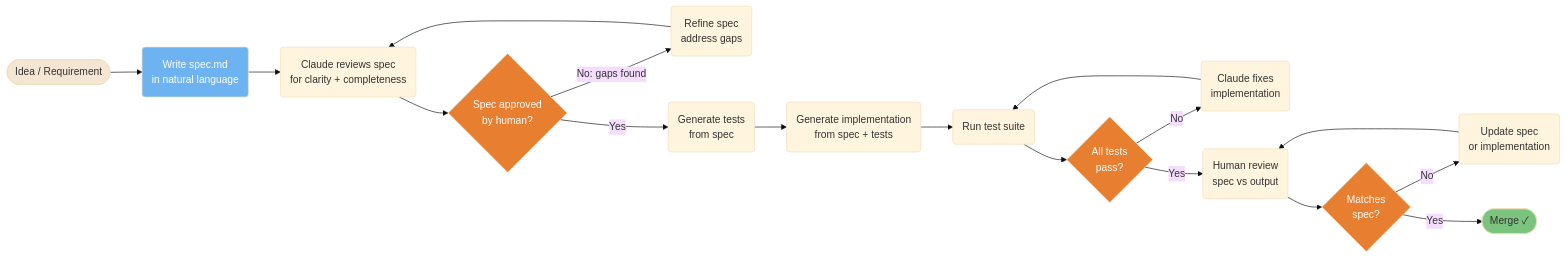
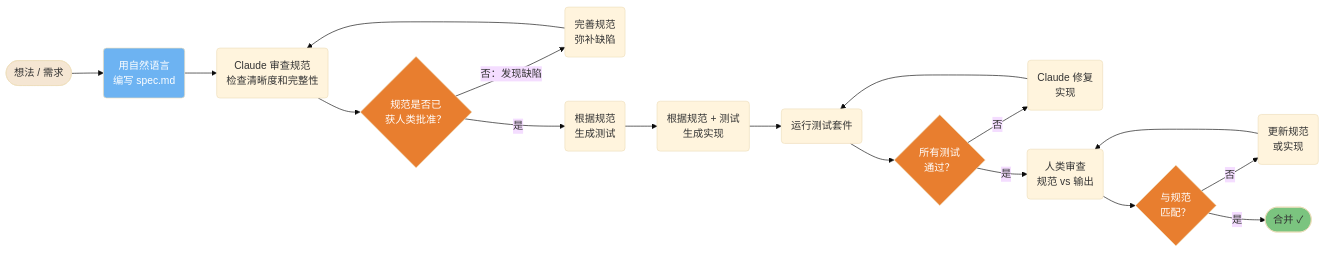
The second of 5 diagrams in claude-code/diagrams/06-development-workflows.md (lawrencewzen/aispark-wiki), drawn with Mermaid (base theme) before and after one commit. The commit also changed other lines of this file and 82 other files, not shown here.

First line of the commit message:
feat: 完成 claude-code/ 目录全量中文翻译

````diff
--- a/claude-code/diagrams/06-development-workflows.md
+++ b/claude-code/diagrams/06-development-workflows.md
@@ -96,41 +96,41 @@
 ```mermaid
 flowchart LR
-    A([Idea / Requirement]) --> B(Write spec.md<br/>in natural language)
-    B --> C(Claude reviews spec<br/>for clarity + completeness)
-    C --> D{Spec approved<br/> by human?}
-    D -->|No: gaps found| E(Refine spec<br/>address gaps)
+    A([想法 / 需求]) --> B(用自然语言<br/>编写 spec.md)
+    B --> C(Claude 审查规范<br/>检查清晰度和完整性)
+    C --> D{规范是否已<br/>获人类批准？}
+    D -->|否：发现缺陷| E(完善规范<br/>弥补缺陷)
     E --> C
-    D -->|Yes| F(Generate tests<br/>from spec)
-    F --> G(Generate implementation<br/>from spec + tests)
-    G --> H(Run test suite)
-    H --> I{All tests<br/>pass?}
-    I -->|No| J(Claude fixes<br/>implementation)
+    D -->|是| F(根据规范<br/>生成测试)
+    F --> G(根据规范 + 测试<br/>生成实现)
+    G --> H(运行测试套件)
+    H --> I{所有测试<br/>通过？}
+    I -->|否| J(Claude 修复<br/>实现)
     J --> H
-    I -->|Yes| K(Human review<br/>spec vs output)
-    K --> L{Matches<br/>spec?}
-    L -->|No| M(Update spec<br/>or implementation)
+    I -->|是| K(人类审查<br/>规范 vs 输出)
+    K --> L{与规范<br/>匹配？}
+    L -->|否| M(更新规范<br/>或实现)
     M --> K
-    L -->|Yes| N([Merge ✓])
+    L -->|是| N([合并 ✓])
 
     style A fill:#F5E6D3,color:#333
     style B fill:#6DB3F2,color:#fff
     style D fill:#E87E2F,color:#fff
     style I fill:#E87E2F,color:#fff
     style L fill:#E87E2F,color:#fff
     style N fill:#7BC47F,color:#333
 
-    click A href "https://github.com/claude-code-ultimate-guide/claude-code-ultimate-guide/blob/main/guide/workflows/spec-first.md" "Idea / Requirement"
-    click B href "https://github.com/claude-code-ultimate-guide/claude-code-ultimate-guide/blob/main/guide/workflows/spec-first.md" "Write spec.md"
-    click C href "https://github.com/claude-code-ultimate-guide/claude-code-ultimate-guide/blob/main/guide/workflows/spec-first.md" "Claude reviews spec"
-    click D href "https://github.com/claude-code-ultimate-guide/claude-code-ultimate-guide/blob/main/guide/workflows/spec-first.md" "Spec approved by human?"
-    click E href "https://github.com/claude-code-ultimate-guide/claude-code-ultimate-guide/blob/main/guide/workflows/spec-first.md" "Refine spec"
-    click F href "https://github.com/claude-code-ultimate-guide/claude-code-ultimate-guide/blob/main/guide/workflows/spec-first.md" "Generate tests from spec"
-    click G href "https://github.com/claude-code-ultimate-guide/claude-code-ultimate-guide/blob/main/guide/workflows/spec-first.md" "Generate implementation"
-    click H href "https://github.com/claude-code-ultimate-guide/claude-code-ultimate-guide/blob/main/guide/workflows/spec-first.md" "Run test suite"
-    click I href "https://github.com/claude-code-ultimate-guide/claude-code-ultimate-guide/blob/main/guide/workflows/spec-first.md" "All tests pass?"
-    click J href "https://github.com/claude-code-ultimate-guide/claude-code-ultimate-guide/blob/main/guide/workflows/spec-first.md" "Claude fixes implementation"
-    click K href "https://github.com/claude-code-ultimate-guide/claude-code-ultimate-guide/blob/main/guide/workflows/spec-first.md" "Human review"
-    click L href "https://github.com/claude-code-ultimate-guide/claude-code-ultimate-guide/blob/main/guide/workflows/spec-first.md" "Matches spec?"
-    click M href "https://github.com/claude-code-ultimate-guide/claude-code-ultimate-guide/blob/main/guide/workflows/spec-first.md" "Update spec or implementation"
-    click N href "https://github.com/claude-code-ultimate-guide/claude-code-ultimate-guide/blob/main/guide/workflows/spec-first.md" "Merge ✓"
+    click A href "https://github.com/claude-code-ultimate-guide/claude-code-ultimate-guide/blob/main/guide/workflows/spec-first.md" "想法 / 需求"
+    click B href "https://github.com/claude-code-ultimate-guide/claude-code-ultimate-guide/blob/main/guide/workflows/spec-first.md" "编写 spec.md"
+    click C href "https://github.com/claude-code-ultimate-guide/claude-code-ultimate-guide/blob/main/guide/workflows/spec-first.md" "Claude 审查规范"
+    click D href "https://github.com/claude-code-ultimate-guide/claude-code-ultimate-guide/blob/main/guide/workflows/spec-first.md" "规范获人类批准？"
+    click E href "https://github.com/claude-code-ultimate-guide/claude-code-ultimate-guide/blob/main/guide/workflows/spec-first.md" "完善规范"
+    click F href "https://github.com/claude-code-ultimate-guide/claude-code-ultimate-guide/blob/main/guide/workflows/spec-first.md" "根据规范生成测试"
+    click G href "https://github.com/claude-code-ultimate-guide/claude-code-ultimate-guide/blob/main/guide/workflows/spec-first.md" "生成实现"
+    click H href "https://github.com/claude-code-ultimate-guide/claude-code-ultimate-guide/blob/main/guide/workflows/spec-first.md" "运行测试套件"
+    click I href "https://github.com/claude-code-ultimate-guide/claude-code-ultimate-guide/blob/main/guide/workflows/spec-first.md" "所有测试通过？"
+    click J href "https://github.com/claude-code-ultimate-guide/claude-code-ultimate-guide/blob/main/guide/workflows/spec-first.md" "Claude 修复实现"
+    click K href "https://github.com/claude-code-ultimate-guide/claude-code-ultimate-guide/blob/main/guide/workflows/spec-first.md" "人类审查"
+    click L href "https://github.com/claude-code-ultimate-guide/claude-code-ultimate-guide/blob/main/guide/workflows/spec-first.md" "与规范匹配？"
+    click M href "https://github.com/claude-code-ultimate-guide/claude-code-ultimate-guide/blob/main/guide/workflows/spec-first.md" "更新规范或实现"
+    click N href "https://github.com/claude-code-ultimate-guide/claude-code-ultimate-guide/blob/main/guide/workflows/spec-first.md" "合并 ✓"
 ```
````
